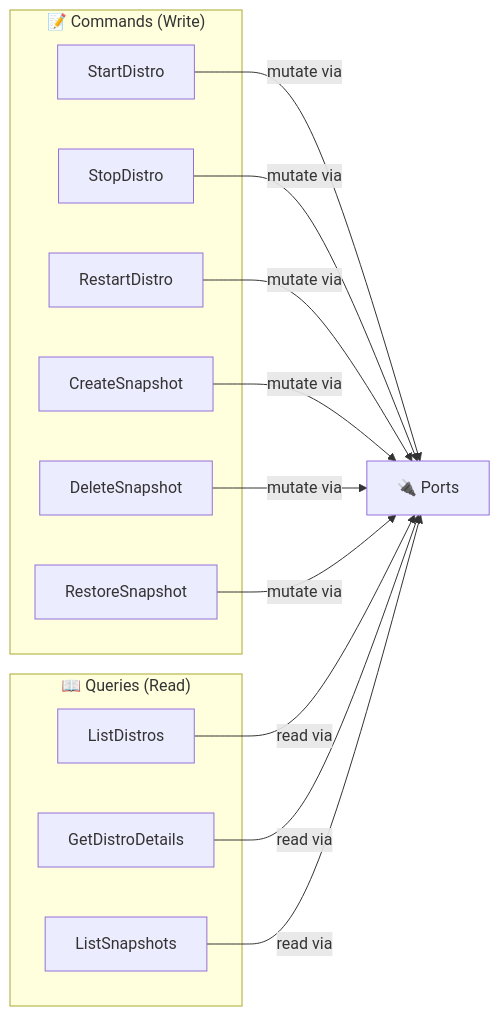
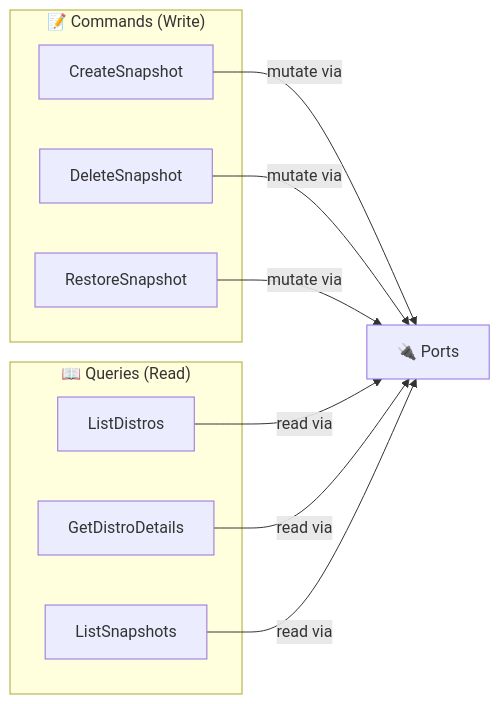
One commit to muchiny/wsl-dashboard changed the first of 3 diagrams in src-tauri/src/application/README.md. Above: the diagram before and after it, drawn with Mermaid. The commit also changed other lines of this file and 10 other files, not shown here.

First line of the commit message:
docs: update all 11 READMEs to reflect current architecture

````diff
--- a/src-tauri/src/application/README.md
+++ b/src-tauri/src/application/README.md
@@ -14,21 +14,17 @@
 ```mermaid
 graph LR
     subgraph "📝 Commands (Write)"
-        SD["StartDistro"]
-        TD["StopDistro"]
-        RD["RestartDistro"]
         CS["CreateSnapshot"]
         DS["DeleteSnapshot"]
         RS["RestoreSnapshot"]
     end
 
     subgraph "📖 Queries (Read)"
         LD["ListDistros"]
         GD["GetDistroDetails"]
         LS["ListSnapshots"]
     end
 
-    SD & TD & RD -->|"mutate via"| P1["🔌 Ports"]
-    CS & DS & RS -->|"mutate via"| P1
+    CS & DS & RS -->|"mutate via"| P1["🔌 Ports"]
     LD & GD & LS -->|"read via"| P1
 ```
````
